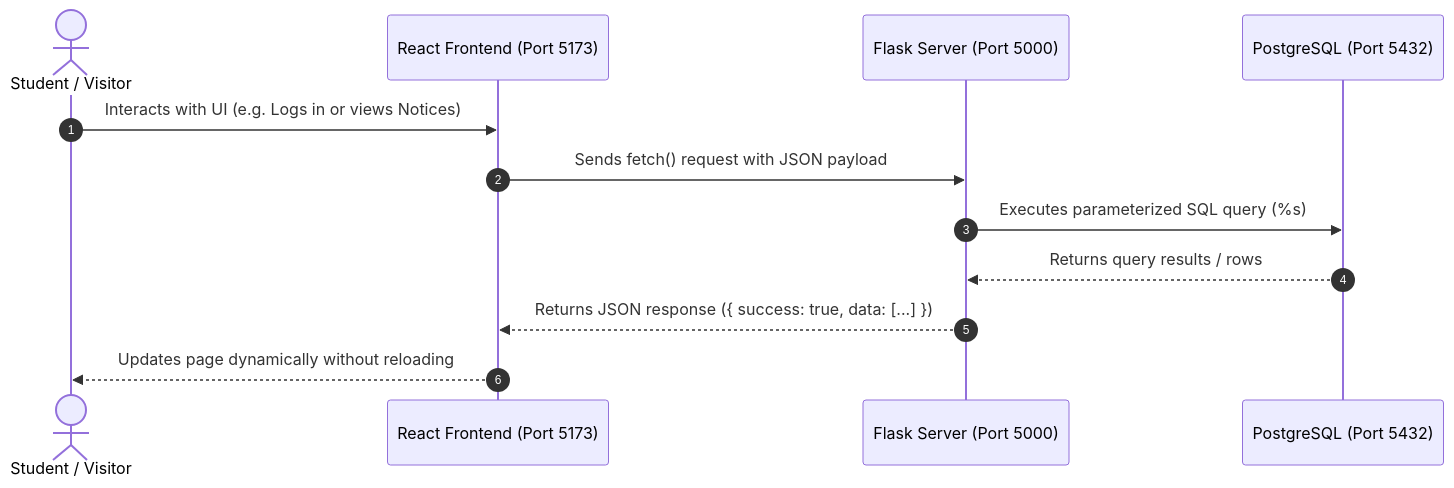
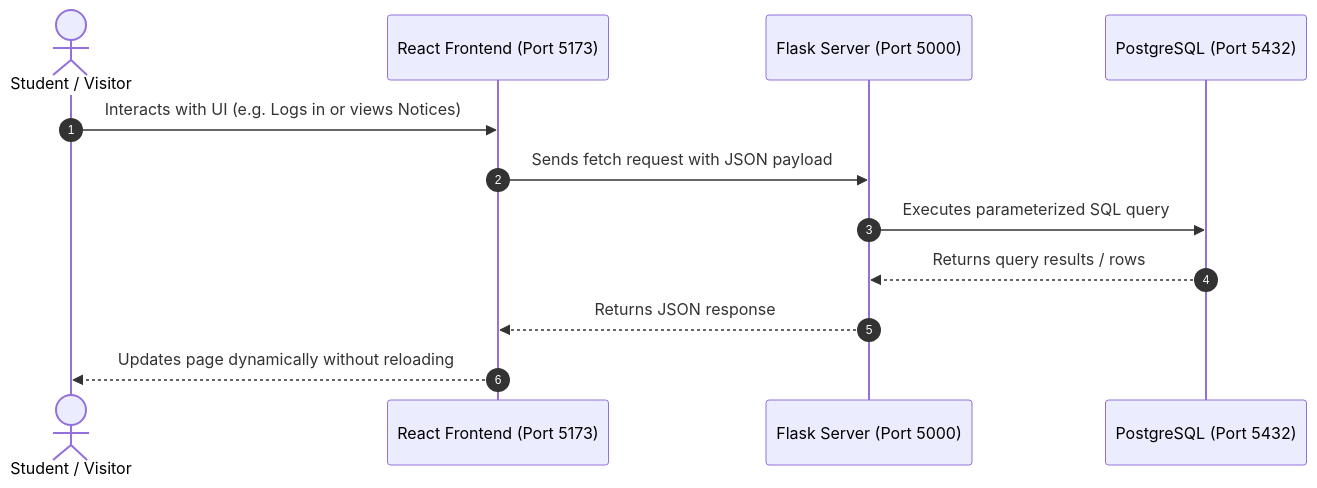
The second of 3 diagrams in README.md (AyushSrivastava1818/school-portal-), drawn with Mermaid before and after one commit. The commit also changed other lines of this file, not shown here.

Commit message:
fix(docs): resolve Mermaid syntax line-break issue for GitHub renderer

````diff
--- a/README.md
+++ b/README.md
@@ -48,15 +45,15 @@
 ```mermaid
 sequenceDiagram
     autonumber
     actor User as Student / Visitor
     participant React as React Frontend (Port 5173)
     participant Flask as Flask Server (Port 5000)
     participant DB as PostgreSQL (Port 5432)
 
     User->>React: Interacts with UI (e.g. Logs in or views Notices)
-    React->>Flask: Sends fetch() request with JSON payload
-    Flask->>DB: Executes parameterized SQL query (%s)
+    React->>Flask: Sends fetch request with JSON payload
+    Flask->>DB: Executes parameterized SQL query
     DB-->>Flask: Returns query results / rows
-    Flask-->>React: Returns JSON response ({ success: true, data: [...] })
+    Flask-->>React: Returns JSON response
     React-->>User: Updates page dynamically without reloading
 ```
````
